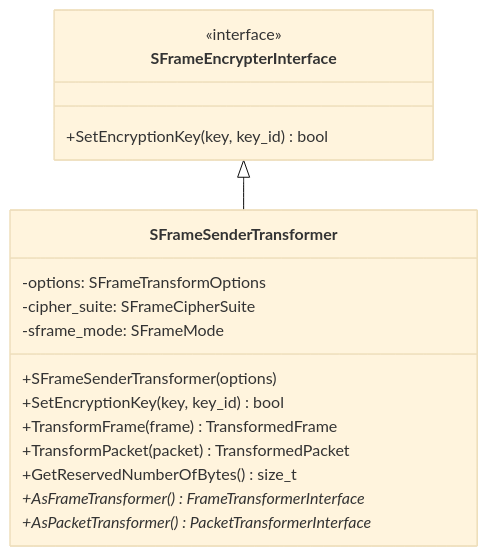
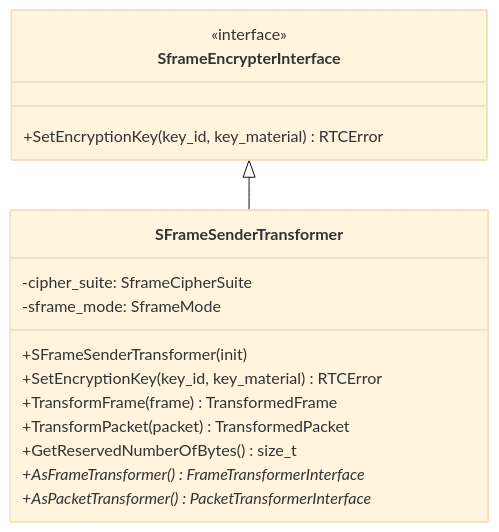
The seventh of 20 diagrams in README.md (webex/webrtc-sframe), drawn with Mermaid (base theme) before and after one commit. The commit also changed other lines of this file and 1 other file, not shown here.

````diff
--- a/README.md
+++ b/README.md
@@ -202,22 +255,21 @@
 ```mermaid
 classDiagram
-    class SFrameEncrypterInterface {
+    class SframeEncrypterInterface {
         <<interface>>
-        +SetEncryptionKey(key, key_id) bool
+        +SetEncryptionKey(key_id, key_material) RTCError
     }
     
     class SFrameSenderTransformer {
-        -options: SFrameTransformOptions
-        -cipher_suite: SFrameCipherSuite
-        -sframe_mode: SFrameMode
-        +SFrameSenderTransformer(options)
-        +SetEncryptionKey(key, key_id) bool
+        -cipher_suite: SframeCipherSuite
+        -sframe_mode: SframeMode
+        +SFrameSenderTransformer(init)
+        +SetEncryptionKey(key_id, key_material) RTCError
         +TransformFrame(frame) TransformedFrame
         +TransformPacket(packet) TransformedPacket
         +GetReservedNumberOfBytes() size_t
         +AsFrameTransformer() FrameTransformerInterface*
         +AsPacketTransformer() PacketTransformerInterface*
     }
     
-    SFrameEncrypterInterface <|-- SFrameSenderTransformer
+    SframeEncrypterInterface <|-- SFrameSenderTransformer
 ```
````
